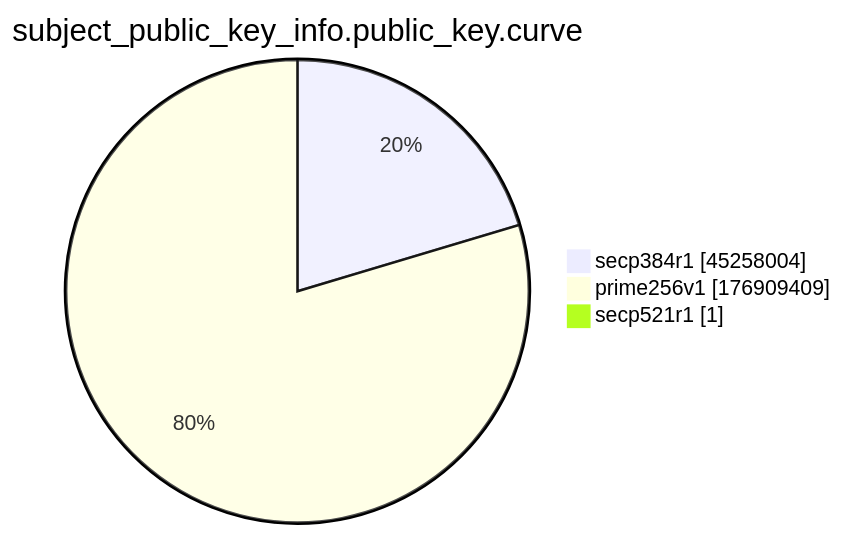
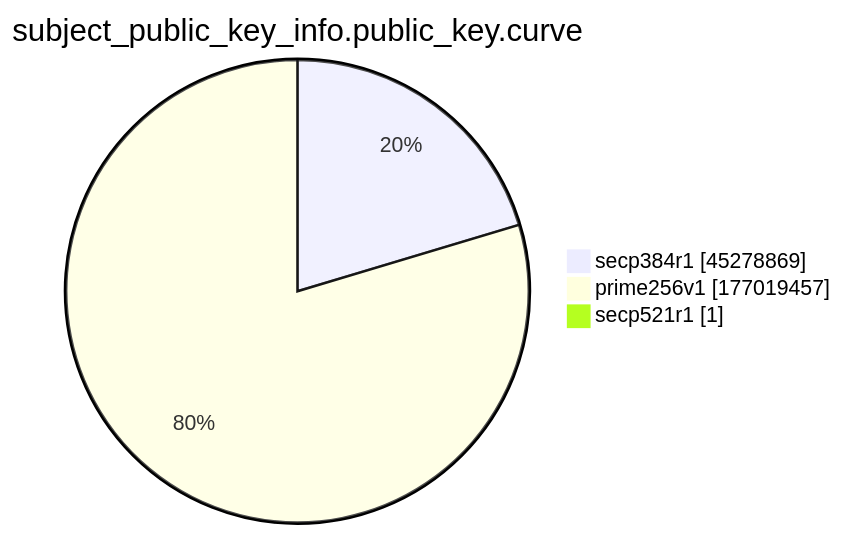
The ninth of 15 diagrams in xenon2022/README.md (christiankrug/ctmonitor_visualization), drawn with Mermaid before and after one commit. The commit also changed other lines of this file, not shown here.

````diff
--- a/xenon2022/README.md
+++ b/xenon2022/README.md
@@ -2873,7 +2873,7 @@
 ```mermaid
 pie showData
 title subject_public_key_info.public_key.curve
-"secp384r1" :45258004
-"prime256v1" :176909409
+"secp384r1" :45278869
+"prime256v1" :177019457
 "secp521r1" :1
 ```
````
